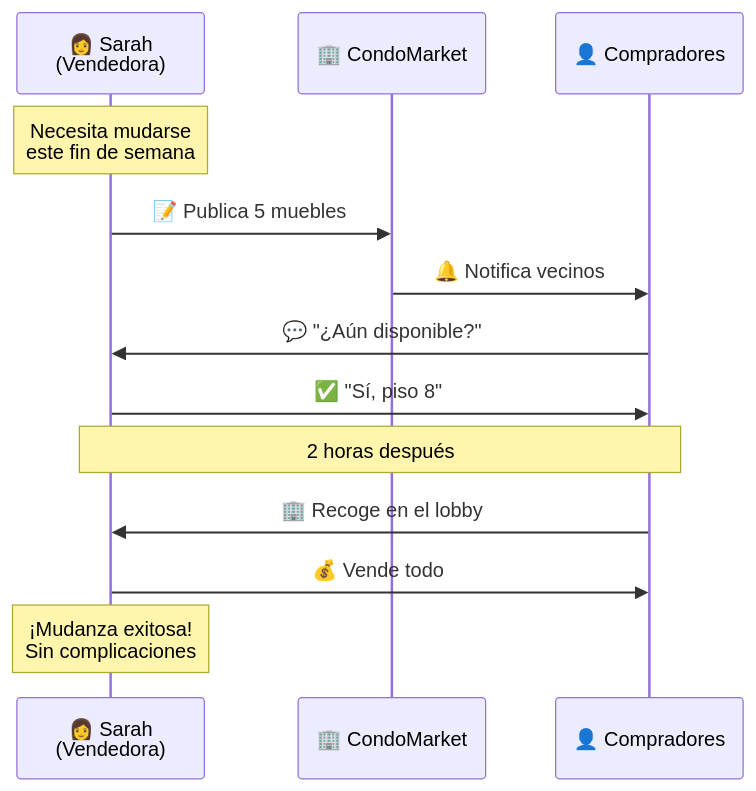
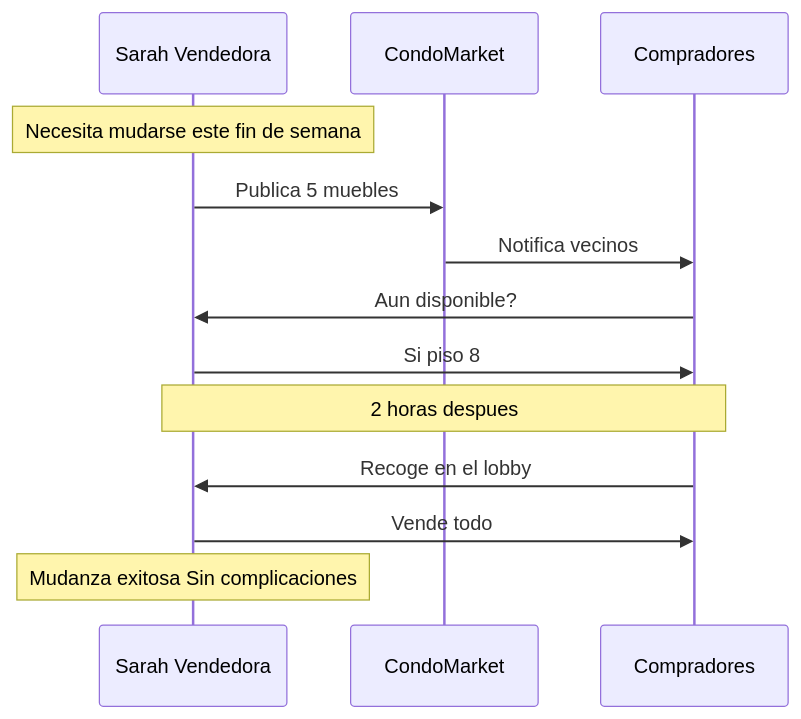
Before and after one commit to softv2ware/condomarket.api: the tenth of 25 diagrams in app.spanish.md, drawn with Mermaid. The commit also changed other lines of this file, not shown here.

````diff
--- a/app.spanish.md
+++ b/app.spanish.md
@@ -539,16 +543,16 @@
 ```mermaid
 sequenceDiagram
-    participant S as 👩 Sarah<br/>(Vendedora)
-    participant CM as 🏢 CondoMarket
-    participant C as 👤 Compradores
+    participant S as Sarah Vendedora
+    participant CM as CondoMarket
+    participant C as Compradores
     
-    Note over S: Necesita mudarse<br/>este fin de semana
-    S->>CM: 📝 Publica 5 muebles
-    CM->>C: 🔔 Notifica vecinos
-    C->>S: 💬 "¿Aún disponible?"
-    S->>C: ✅ "Sí, piso 8"
-    Note over S,C: 2 horas después
-    C->>S: 🏢 Recoge en el lobby
-    S->>C: 💰 Vende todo
-    Note over S: ¡Mudanza exitosa!<br/>Sin complicaciones
+    Note over S: Necesita mudarse este fin de semana
+    S->>CM: Publica 5 muebles
+    CM->>C: Notifica vecinos
+    C->>S: Aun disponible?
+    S->>C: Si piso 8
+    Note over S,C: 2 horas despues
+    C->>S: Recoge en el lobby
+    S->>C: Vende todo
+    Note over S: Mudanza exitosa Sin complicaciones
 ```
````
